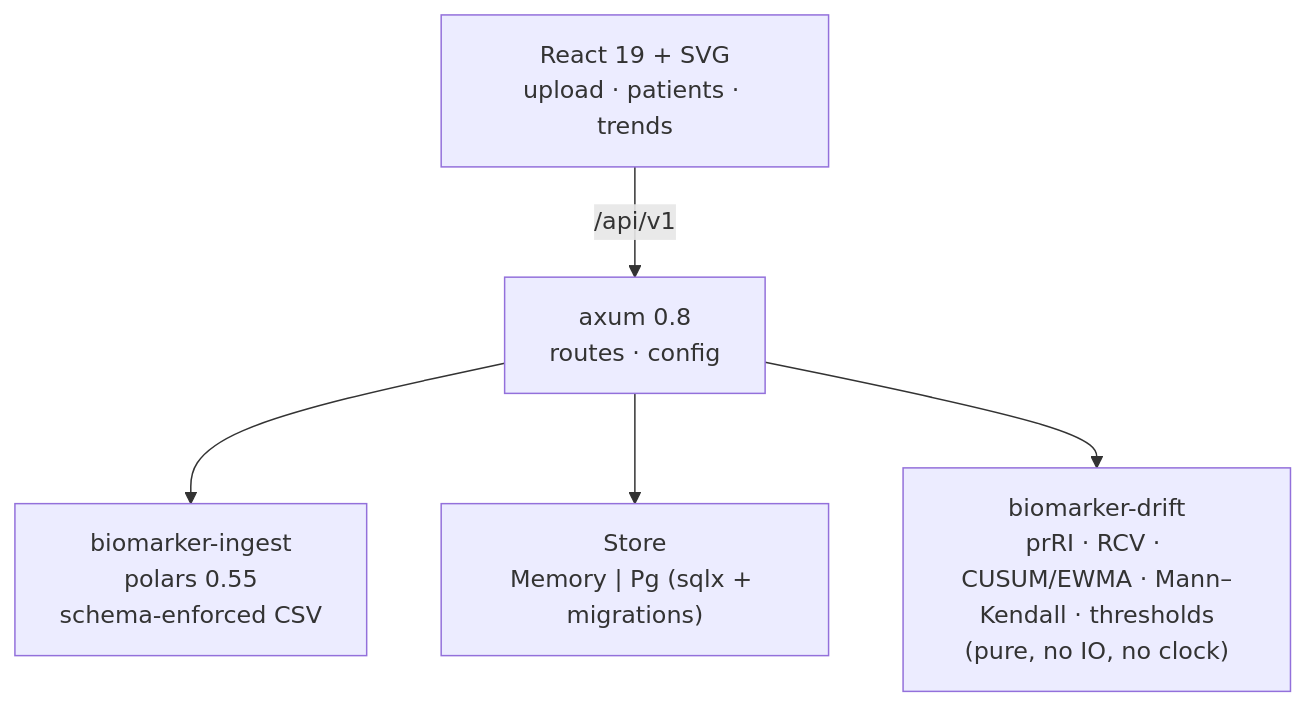
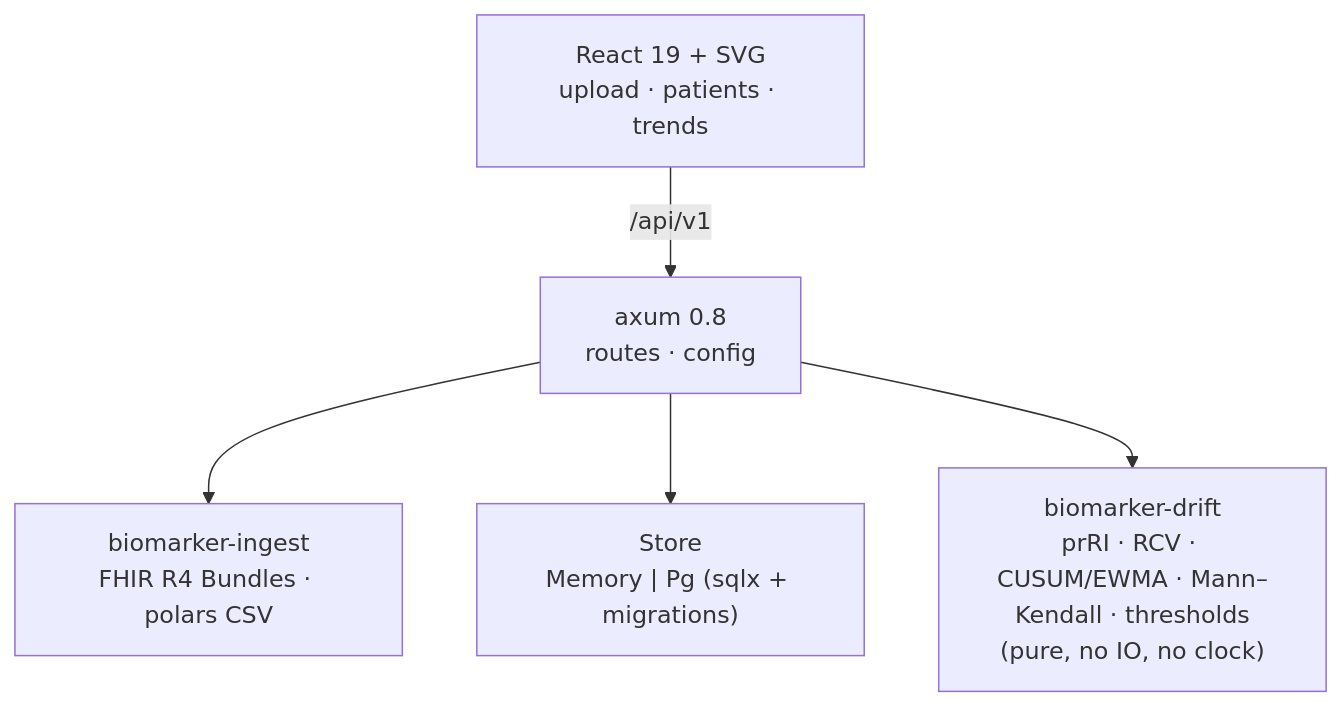
Before and after one commit to akarales/biomarker-trend-analyzer: the diagram in README.md, drawn with Mermaid. The commit also changed other lines of this file and 40 other files, not shown here.

````diff
--- a/README.md
+++ b/README.md
@@ -52,7 +57,7 @@
 ```mermaid
 flowchart TD
     FE["React 19 + SVG<br/>upload · patients · trends"] -->|"/api/v1"| API["axum 0.8<br/>routes · config"]
-    API --> ING["biomarker-ingest<br/>polars 0.55<br/>schema-enforced CSV"]
+    API --> ING["biomarker-ingest<br/>FHIR R4 Bundles · polars CSV"]
     API --> ST["Store<br/>Memory | Pg (sqlx + migrations)"]
     API --> DRIFT["biomarker-drift<br/>prRI · RCV · CUSUM/EWMA · Mann–Kendall · thresholds<br/>(pure, no IO, no clock)"]
 ```
````
